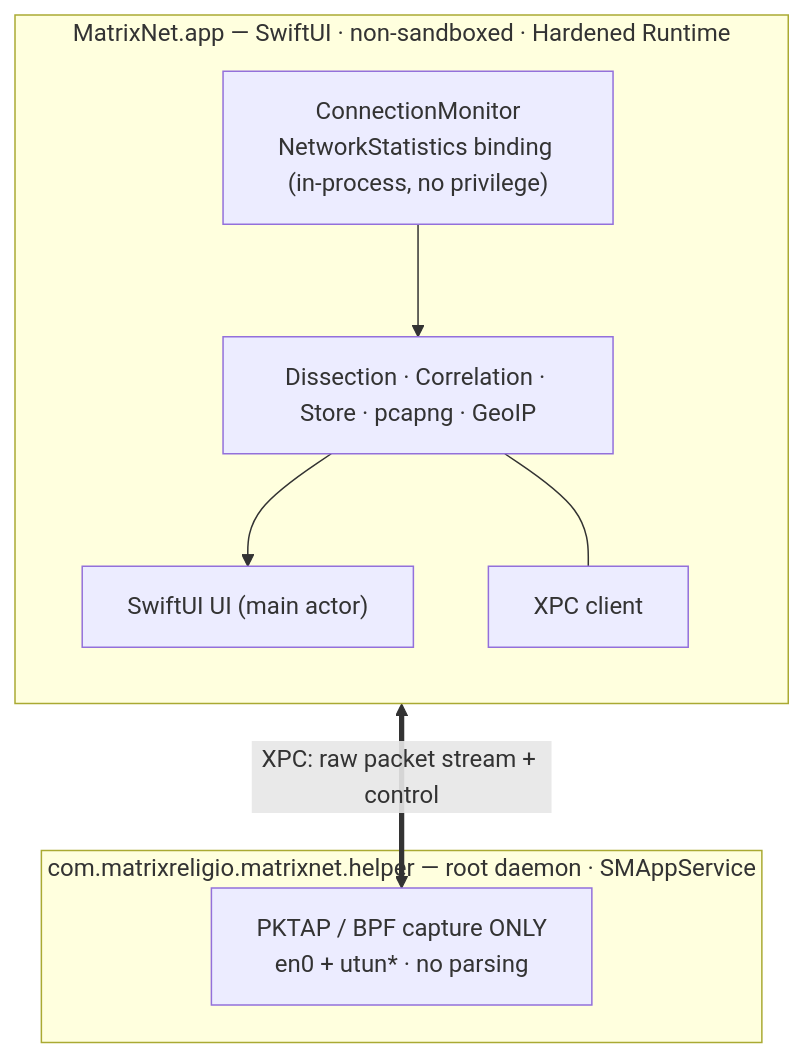
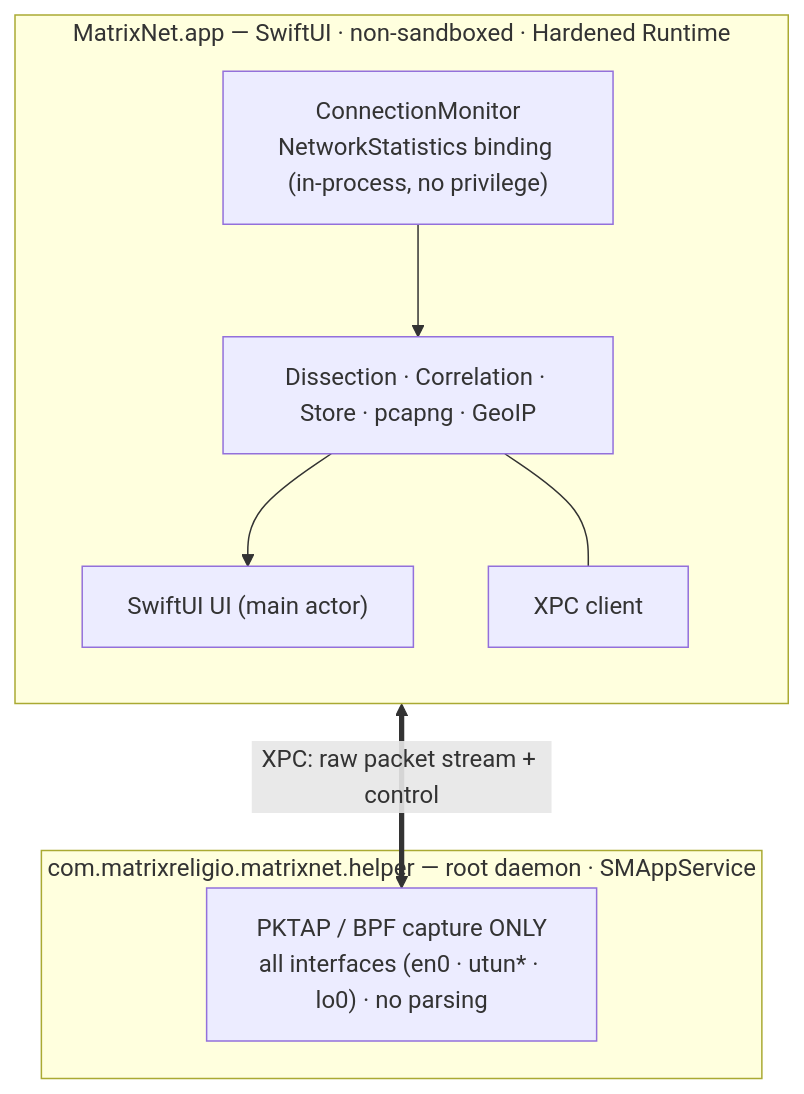
Before and after one commit to MatrixReligio/MatrixNet: the first of 4 diagrams in docs/ARCHITECTURE.md, drawn with Mermaid. The commit also changed other lines of this file and 2 other files, not shown here.

First line of the commit message:
docs: refresh CHANGELOG/ARCHITECTURE and add a release guide

````diff
--- a/docs/ARCHITECTURE.md
+++ b/docs/ARCHITECTURE.md
@@ -66,16 +66,16 @@
 ```mermaid
 flowchart TB
     subgraph App["MatrixNet.app — SwiftUI · non-sandboxed · Hardened Runtime"]
         direction TB
         NS["ConnectionMonitor<br/>NetworkStatistics binding (in-process, no privilege)"]
         DIS["Dissection · Correlation · Store · pcapng · GeoIP"]
         UI["SwiftUI UI (main actor)"]
         XPCC["XPC client"]
         NS --> DIS --> UI
         DIS --- XPCC
     end
     subgraph Helper["com.matrixreligio.matrixnet.helper — root daemon · SMAppService"]
-        CAP["PKTAP / BPF capture ONLY<br/>en0 + utun* · no parsing"]
+        CAP["PKTAP / BPF capture ONLY<br/>all interfaces (en0 · utun* · lo0) · no parsing"]
     end
     XPCC <==>|"XPC: raw packet stream + control"| CAP
 ```
````
